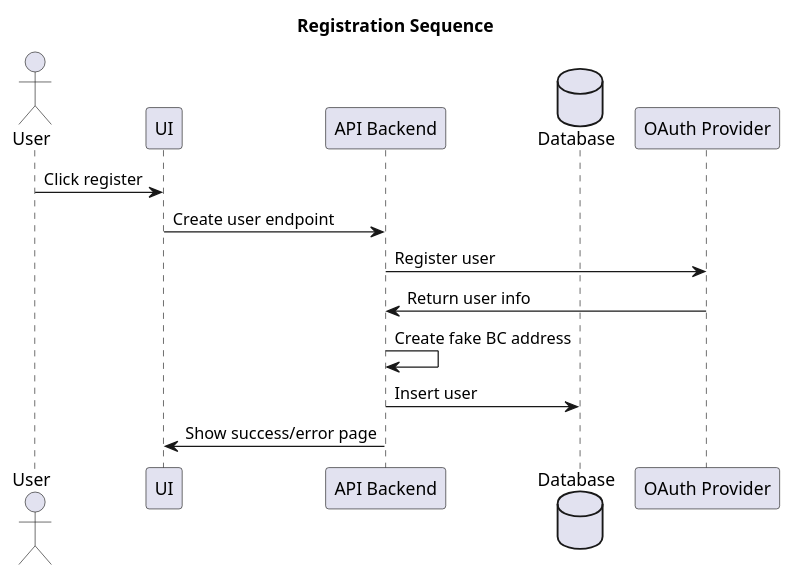
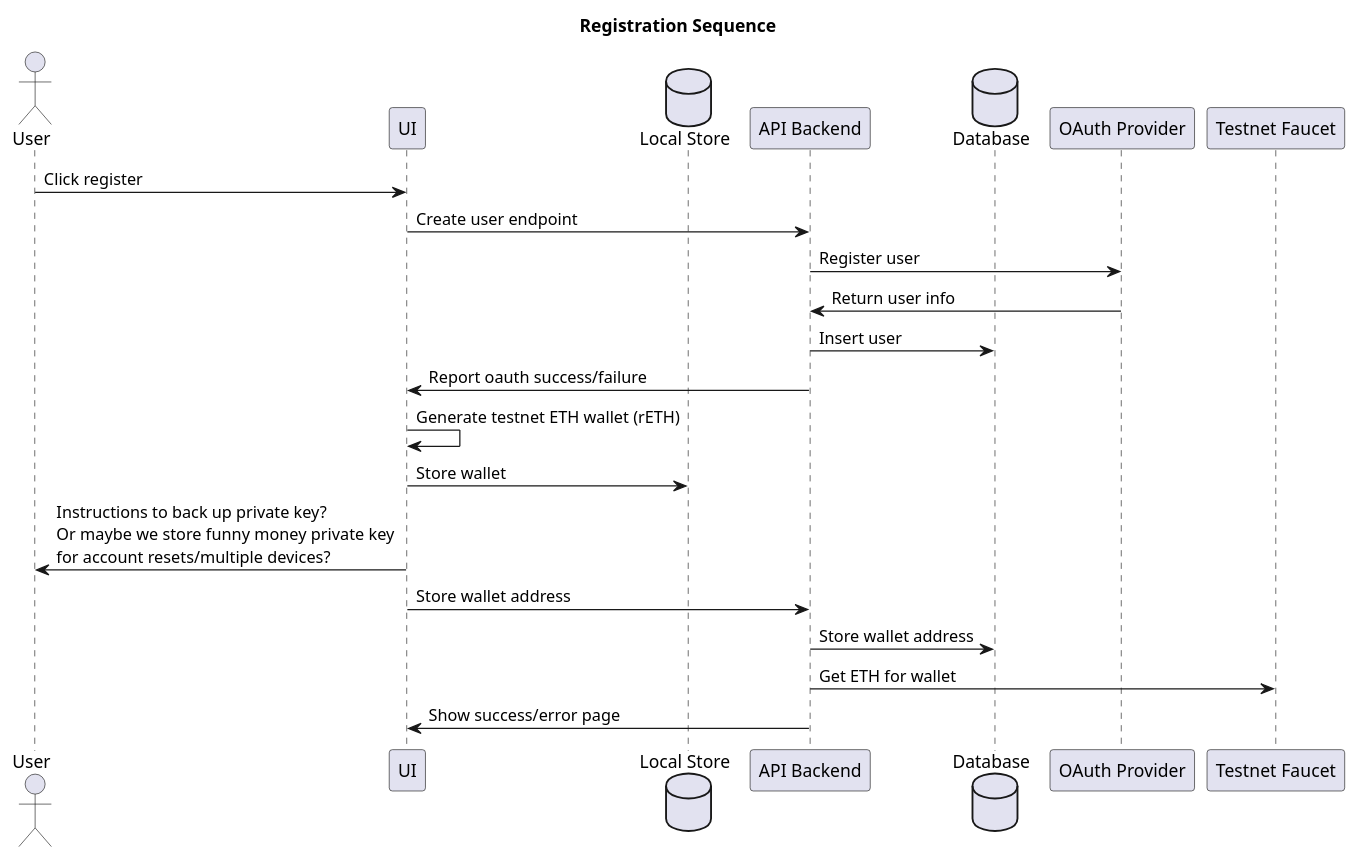
Before and after one commit to adhurjaty/prediction-app: the diagram in Diagrams/UserStories/registration.puml, drawn with PlantUML.

Commit message:
Modified flow for client-side wallet creation

```diff
--- a/Diagrams/UserStories/registration.puml
+++ b/Diagrams/UserStories/registration.puml
@@ -1,19 +1,27 @@
 @startuml Registration Sequence
 
 title Registration Sequence
 
 actor User as user
 participant UI as ui
+database "Local Store" as localstore
 participant "API Backend" as api
 database Database as db
 participant "OAuth Provider" as oauth
+participant "Testnet Faucet" as faucet
 
 user -> ui : Click register 
 ui -> api : Create user endpoint
 api -> oauth : Register user
 oauth -> api : Return user info
-api -> api : Create fake BC address
 api -> db : Insert user
+api -> ui : Report oauth success/failure
+ui -> ui : Generate testnet ETH wallet (rETH)
+ui -> localstore : Store wallet
+ui -> user : Instructions to back up private key? \nOr maybe we store funny money private key \nfor account resets/multiple devices?
+ui -> api : Store wallet address
+api -> db : Store wallet address
+api -> faucet : Get ETH for wallet
 api -> ui : Show success/error page
 
 @enduml
```
